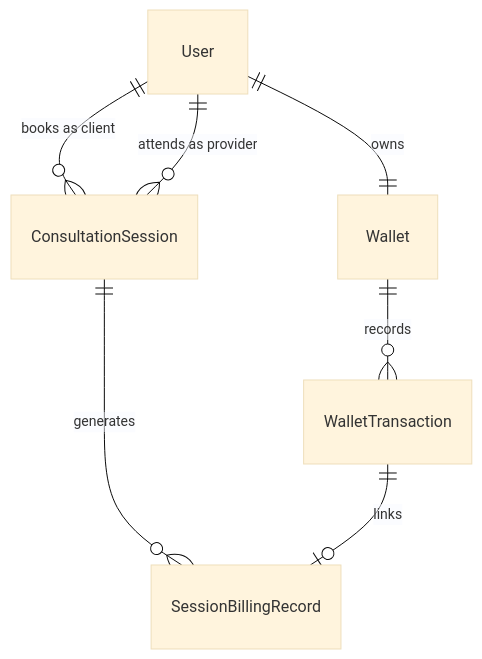
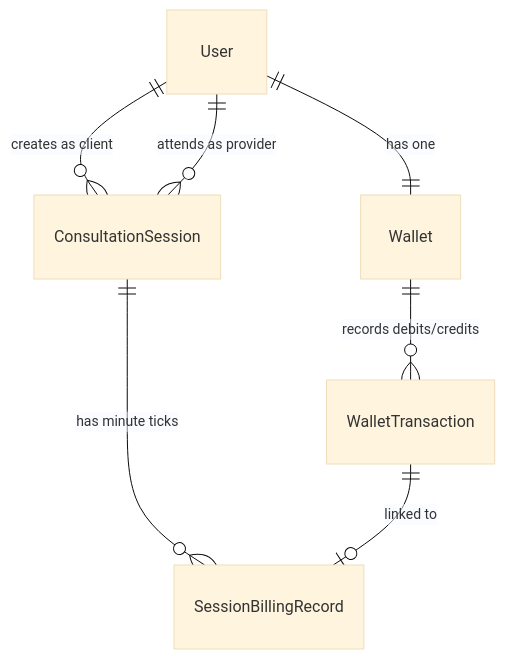
The first of 2 diagrams in README.md (Jagveer-chauhan/astrokarma-wallet-billing), drawn with Mermaid (base theme) before and after one commit. The commit also changed other lines of this file, not shown here.

Commit message:
update README with simple setup, diagrams, and architecture decisions

````diff
--- a/README.md
+++ b/README.md
@@ -20,9 +25,9 @@
 ```mermaid
 erDiagram
-    User ||--|| Wallet : owns
-    User ||--o{ ConsultationSession : "books as client"
+    User ||--|| Wallet : "has one"
+    User ||--o{ ConsultationSession : "creates as client"
     User ||--o{ ConsultationSession : "attends as provider"
-    Wallet ||--o{ WalletTransaction : records
-    ConsultationSession ||--o{ SessionBillingRecord : generates
-    WalletTransaction ||--o| SessionBillingRecord : links
+    Wallet ||--o{ WalletTransaction : "records debits/credits"
+    ConsultationSession ||--o{ SessionBillingRecord : "has minute ticks"
+    WalletTransaction ||--o| SessionBillingRecord : "linked to"
 ```
````
